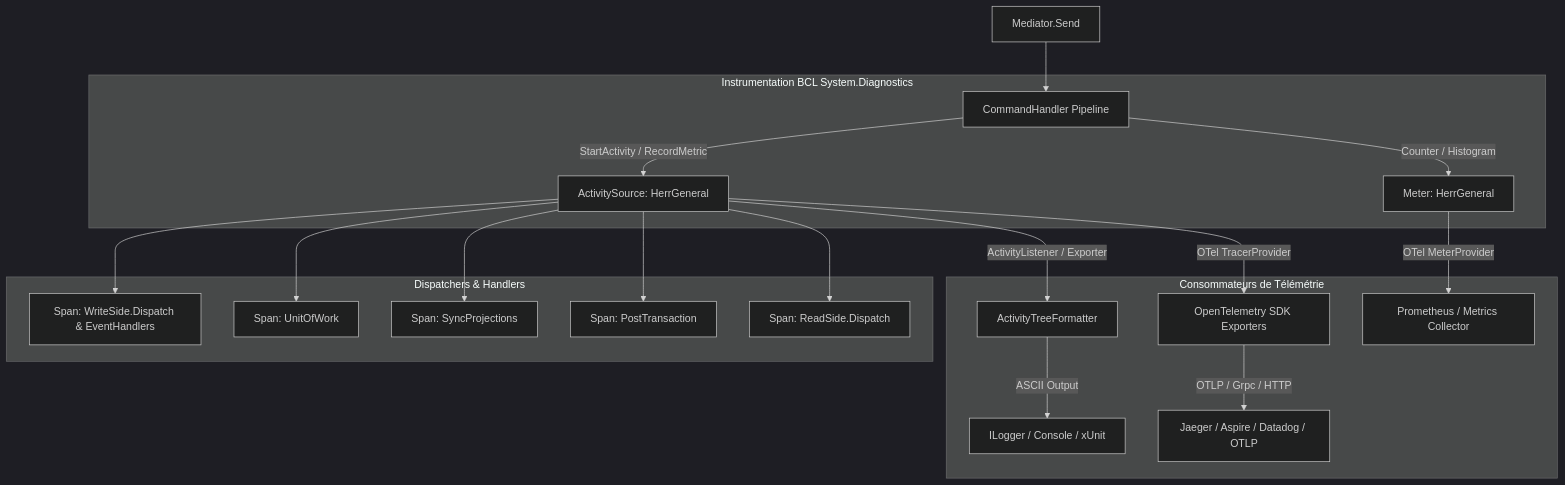
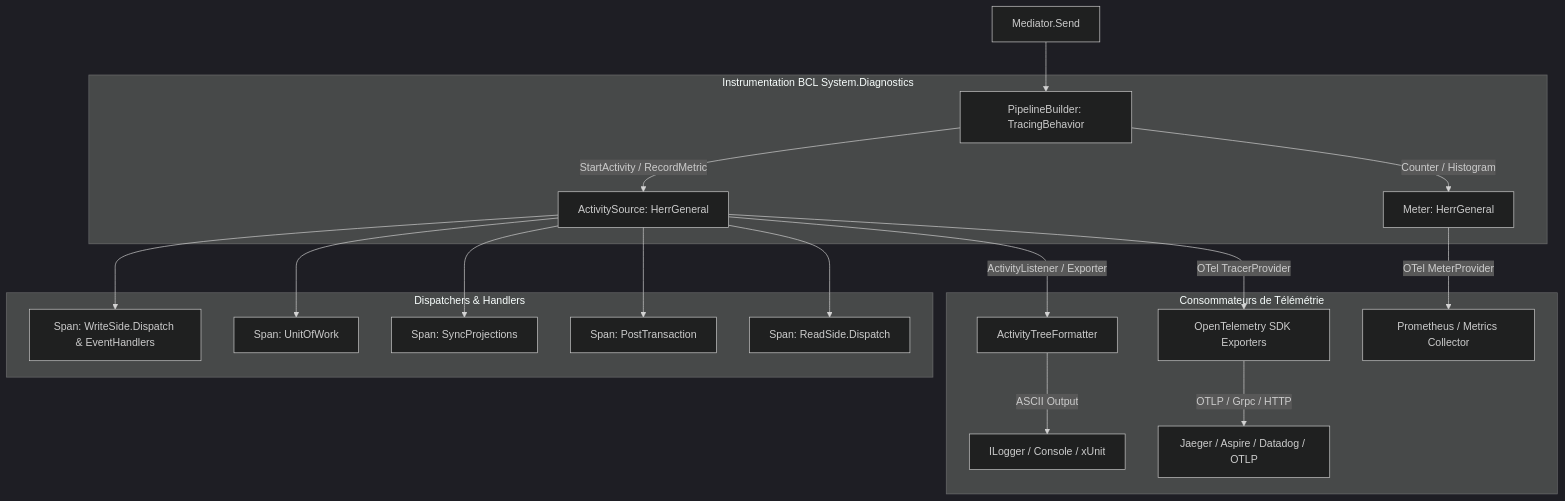
The diagram in .junie/plans/introduce-opentelemetry-and-unify-tracing.md (C0deve/HerrGeneral), drawn with Mermaid (dark theme) before and after one commit. The commit also changed other lines of this file, not shown here.

Commit message:
docs(plans): point the tracing plan to TracingBehavior
CommandPipeline and its WithTracer step were removed; command tracing is done
by TracingBehavior in the Diagnostics phase of PipelineBuilder.

````diff
--- a/.junie/plans/introduce-opentelemetry-and-unify-tracing.md
+++ b/.junie/plans/introduce-opentelemetry-and-unify-tracing.md
@@ -94,27 +95,27 @@
 ```mermaid
 graph TD
-    Mediator[Mediator.Send] --> CommandPipeline[CommandHandler Pipeline]
+    Mediator[Mediator.Send] --> Tracing[PipelineBuilder: TracingBehavior]
     
     subgraph Instrumentation [Instrumentation BCL System.Diagnostics]
-        CommandPipeline -->|StartActivity / RecordMetric| ActSource[ActivitySource: HerrGeneral]
-        CommandPipeline -->|Counter / Histogram| Meter[Meter: HerrGeneral]
+        Tracing -->|StartActivity / RecordMetric| ActSource[ActivitySource: HerrGeneral]
+        Tracing -->|Counter / Histogram| Meter[Meter: HerrGeneral]
     end
 
     subgraph Dispatchers [Dispatchers & Handlers]
         ActSource --> WriteSideSpan[Span: WriteSide.Dispatch & EventHandlers]
         ActSource --> UowSpan[Span: UnitOfWork]
         ActSource --> SyncProjSpan[Span: SyncProjections]
         ActSource --> PostTxSpan[Span: PostTransaction]
         ActSource --> ReadSideSpan[Span: ReadSide.Dispatch]
     end
 
     subgraph Consumers [Consommateurs de Télémétrie]
         ActSource -->|ActivityListener / Exporter| TreeFormatter[ActivityTreeFormatter]
         TreeFormatter -->|ASCII Output| ILoggerConsole[ILogger / Console / xUnit]
         
         ActSource -->|OTel TracerProvider| OTelSDK[OpenTelemetry SDK Exporters]
         OTelSDK -->|OTLP / Grpc / HTTP| APM[Jaeger / Aspire / Datadog / OTLP]
         
         Meter -->|OTel MeterProvider| Prometheus[Prometheus / Metrics Collector]
     end
 ```
````
